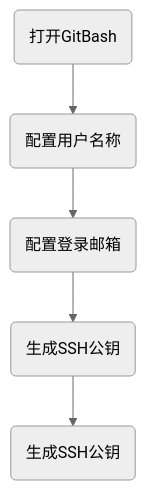
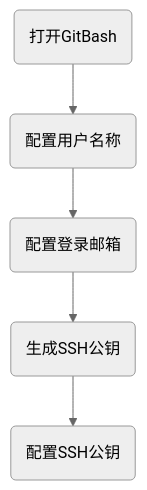
Before and after one commit to slhou123454321/GitHubTest: the first of 3 diagrams in git学习笔记.md, drawn with Mermaid (neutral theme). The commit also changed other lines of this file, not shown here.

````diff
--- a/git学习笔记.md
+++ b/git学习笔记.md
@@ -9,7 +9,7 @@
 ```mermaid
 graph TD;
 A(打开GitBash)-->B(配置用户名称)
 B-->C(配置登录邮箱)
 C-->D(生成SSH公钥)
-D-->E(生成SSH公钥)
+D-->E(配置SSH公钥)
 ```
````
